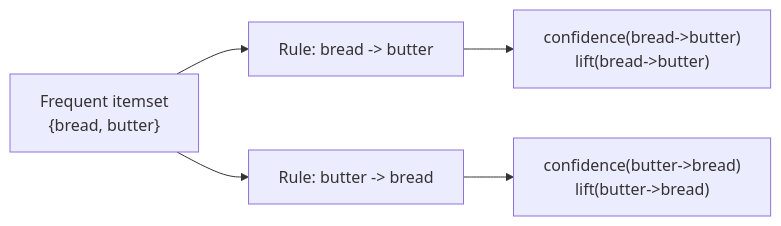
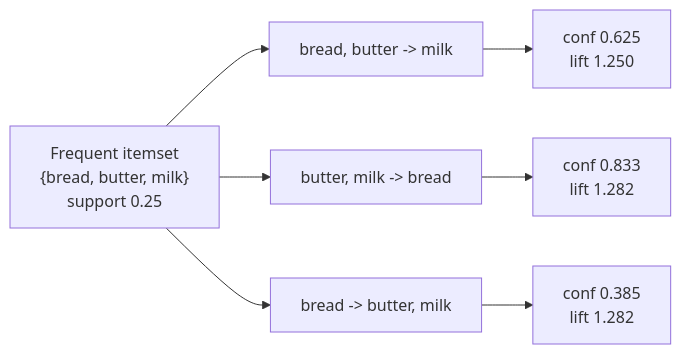
One commit to Ravikisha/PythonCentralHub changed the second of 2 diagrams in src/content/docs/Machine Learning/Phase 06 - Unsupervised Learning & Dimensionality Reduction/Association Rule Learning (Apriori Algorithm).mdx. Above: the diagram before and after it, drawn with Mermaid. The commit also changed other lines of this file and 1327 other files, not shown here.

````diff
--- a/src/content/docs/Machine Learning/Phase 06 - Unsupervised Learning & Dimensionality Reduction/Association Rule Learning (Apriori Algorithm).mdx
+++ b/src/content/docs/Machine Learning/Phase 06 - Unsupervised Learning & Dimensionality Reduction/Association Rule Learning (Apriori Algorithm).mdx
@@ -59,7 +326,9 @@
-```mermaid title="From itemset to rule" desc="One frequent itemset can produce several candidate rules; each is scored separately by confidence and lift."
+```mermaid
 flowchart LR
-  I["Frequent itemset<br/>{bread, butter}"] --> R1["Rule: bread -> butter"]
-  I --> R2["Rule: butter -> bread"]
-  R1 --> M1["confidence(bread->butter)<br/>lift(bread->butter)"]
-  R2 --> M2["confidence(butter->bread)<br/>lift(butter->bread)"]
+  I["Frequent itemset<br/>{bread, butter, milk}<br/>support 0.25"] --> R1["bread, butter -> milk"]
+  I --> R2["butter, milk -> bread"]
+  I --> R3["bread -> butter, milk"]
+  R1 --> S1["conf 0.625<br/>lift 1.250"]
+  R2 --> S2["conf 0.833<br/>lift 1.282"]
+  R3 --> S3["conf 0.385<br/>lift 1.282"]
 ```
````
